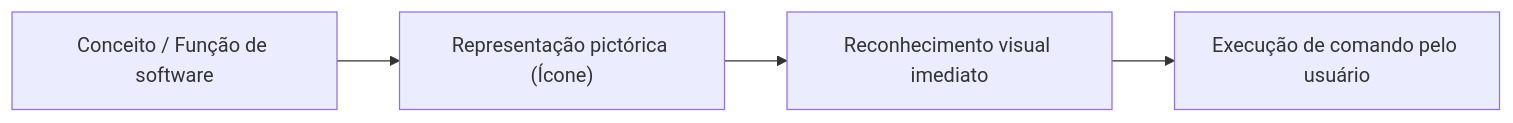
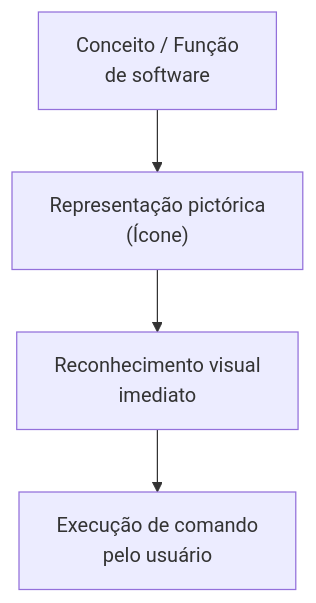
The first of 3 diagrams in 08. Design de Interacao/17. Projeto de ícones em interfaces interativas - metáfora, mapeamento direto e convenção.md (leorruas/puc), drawn with Mermaid before and after one commit. The commit also changed 8 other files, not shown here.

Commit message:
style(mermaid): refactor diagrams to vertical TD flow and add Mermaid guidelines to AGENTS.md

````diff
--- a/08. Design de Interacao/17. Projeto de ícones em interfaces interativas - metáfora, mapeamento direto e convenção.md
+++ b/08. Design de Interacao/17. Projeto de ícones em interfaces interativas - metáfora, mapeamento direto e convenção.md
@@ -39,6 +39,6 @@
 ```mermaid
-graph LR
-    Conceito["Conceito / Função de software"] --> Signo["Representação pictórica (Ícone)"]
-    Signo --> Reconhecimento["Reconhecimento visual imediato"]
-    Reconhecimento --> Ação["Execução de comando pelo usuário"]
+graph TD
+    Conceito["Conceito / Função<br>de software"] --> Signo["Representação pictórica<br>(Ícone)"]
+    Signo --> Reconhecimento["Reconhecimento visual<br>imediato"]
+    Reconhecimento --> Ação["Execução de comando<br>pelo usuário"]
 ```
````
